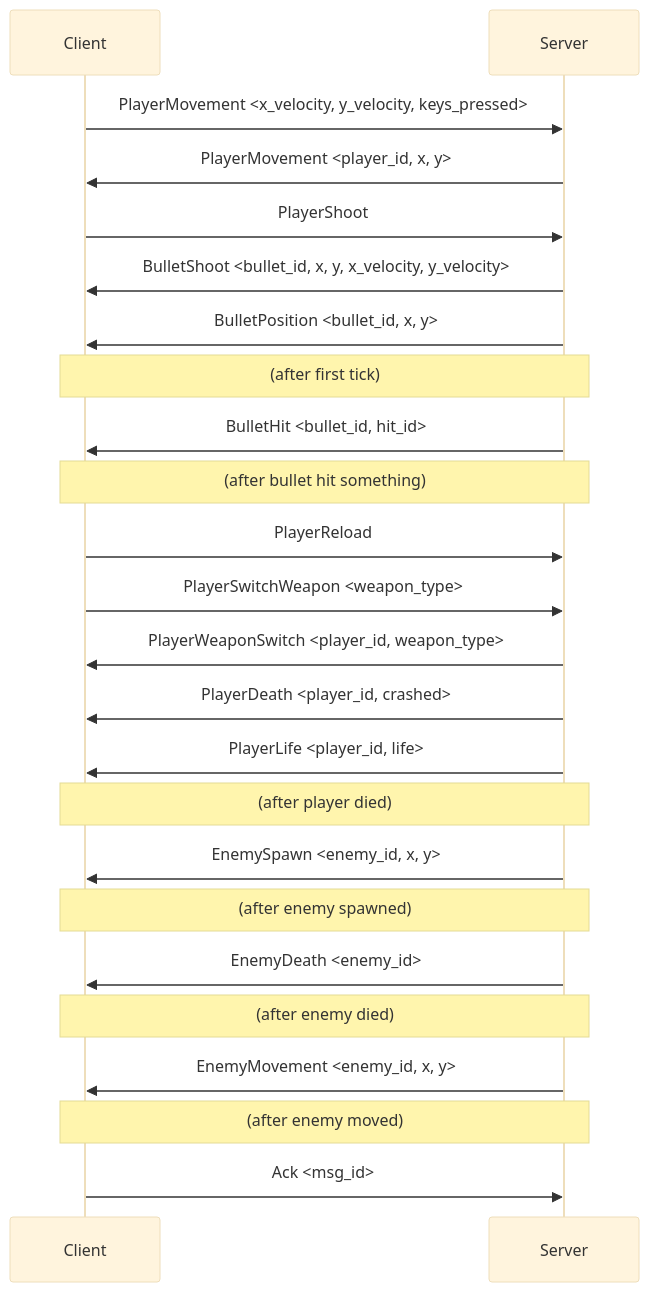
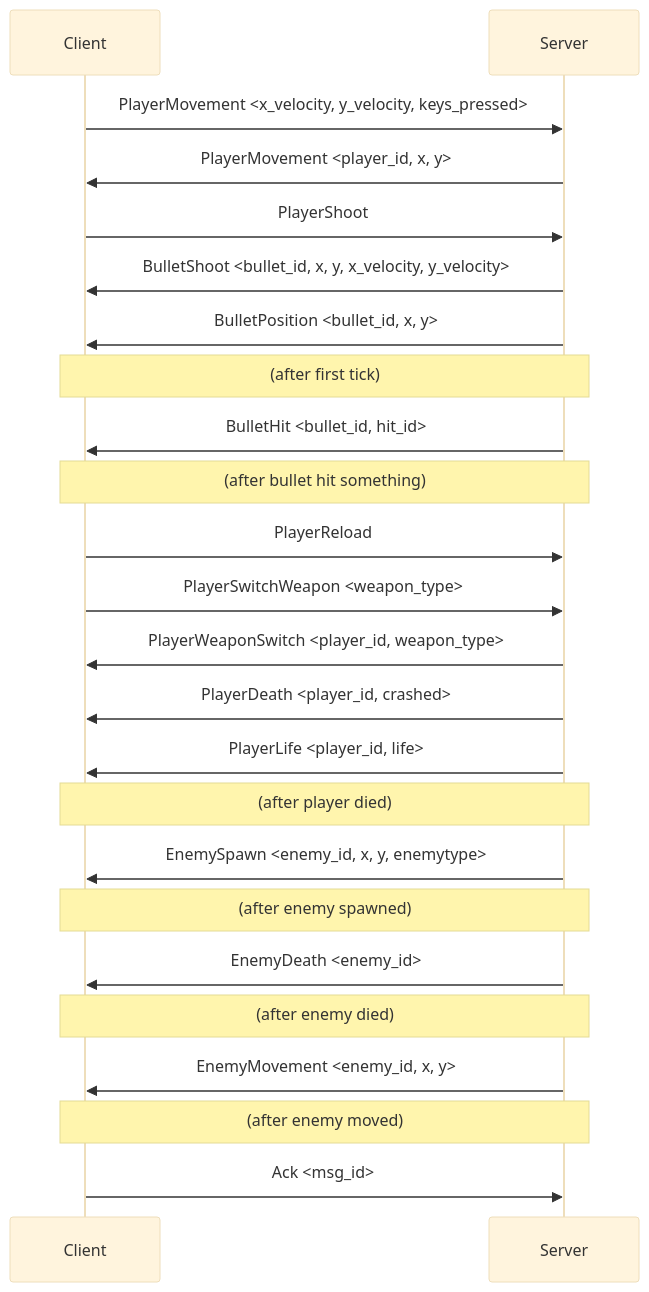
Before and after one commit to Miou-zora/R-Type: the second of 2 diagrams in docs/PROTOCOL.md, drawn with Mermaid (base theme). The commit also changed other lines of this file and 11 other files, not shown here.

````diff
--- a/docs/PROTOCOL.md
+++ b/docs/PROTOCOL.md
@@ -145,26 +145,26 @@
 ```mermaid
 sequenceDiagram
     participant C as Client
     participant S as Server
     C->>S: PlayerMovement <x_velocity, y_velocity, keys_pressed>
     S->>C: PlayerMovement <player_id, x, y>
     C->>S: PlayerShoot
     S->>C: BulletShoot <bullet_id, x, y, x_velocity, y_velocity>
     S->>C: BulletPosition <bullet_id, x, y>
     Note over C,S: (after first tick)
     S->>C: BulletHit <bullet_id, hit_id>
     Note over C,S: (after bullet hit something)
     C->>S: PlayerReload
     C->>S: PlayerSwitchWeapon <weapon_type>
     S->>C: PlayerWeaponSwitch <player_id, weapon_type>
     S->>C: PlayerDeath <player_id, crashed>
     S->>C: PlayerLife <player_id, life>
     Note over C,S: (after player died)
-    S->>C: EnemySpawn <enemy_id, x, y>
+    S->>C: EnemySpawn <enemy_id, x, y, enemytype>
     Note over C,S: (after enemy spawned)
     S->>C: EnemyDeath <enemy_id>
     Note over C,S: (after enemy died)
     S->>C: EnemyMovement <enemy_id, x, y>
     Note over C,S: (after enemy moved)
     C->>S: Ack <msg_id>
 ```
````
